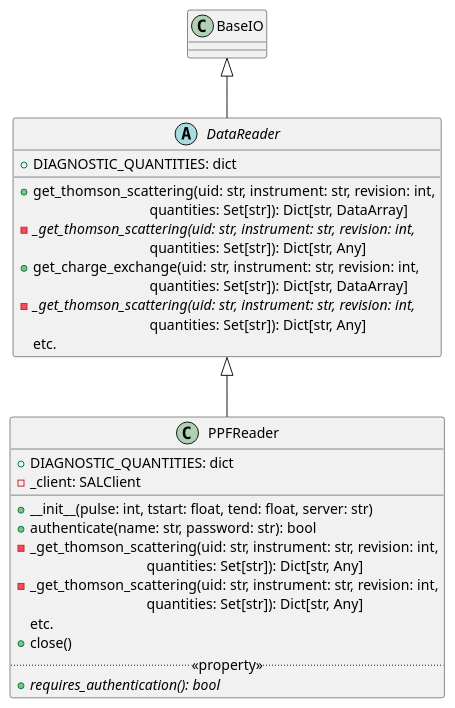
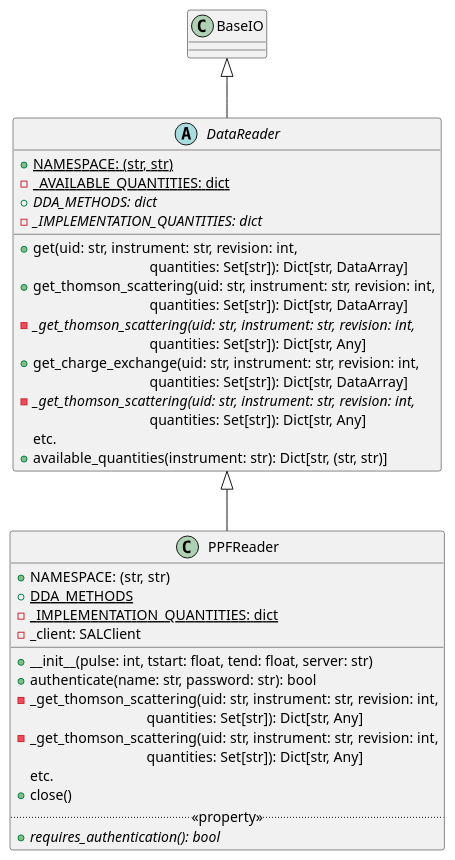
Before and after one commit to indica-mcf/Indica: the fourth of 7 diagrams in doc/design.rst, drawn with PlantUML. The commit also changed other lines of this file and 3 other files, not shown here.

```diff
--- a/doc/design.rst
+++ b/doc/design.rst
@@ -341,34 +319,42 @@
 .. uml::
 
    abstract class DataReader {
-   + DIAGNOSTIC_QUANTITIES: dict
+   + {static} NAMESPACE: (str, str)
+   - {static} _AVAILABLE_QUANTITIES: dict
+   + {abstract} DDA_METHODS: dict
+   - {abstract} _IMPLEMENTATION_QUANTITIES: dict
    __
+   + get(uid: str, instrument: str, revision: int,
+               \t\t\t\tquantities: Set[str]): Dict[str, DataArray]
    + get_thomson_scattering(uid: str, instrument: str, revision: int,
                \t\t\t\tquantities: Set[str]): Dict[str, DataArray]
    - {abstract} _get_thomson_scattering(uid: str, instrument: str, revision: int,
                \t\t\t\tquantities: Set[str]): Dict[str, Any]
    + get_charge_exchange(uid: str, instrument: str, revision: int,
                \t\t\t\tquantities: Set[str]): Dict[str, DataArray]
    - {abstract} _get_thomson_scattering(uid: str, instrument: str, revision: int,
                \t\t\t\tquantities: Set[str]): Dict[str, Any]
      etc.
+   + available_quantities(instrument: str): Dict[str, (str, str)]
    }
 
    class PPFReader {
-   + DIAGNOSTIC_QUANTITIES: dict
+   + NAMESPACE: (str, str)
+   + {static} DDA_METHODS
+   - {static} _IMPLEMENTATION_QUANTITIES: dict
    - _client: SALClient
    __
    + __init__(pulse: int, tstart: float, tend: float, server: str)
    + authenticate(name: str, password: str): bool
    - _get_thomson_scattering(uid: str, instrument: str, revision: int,
                   \t\t\t\tquantities: Set[str]): Dict[str, Any]
    - _get_thomson_scattering(uid: str, instrument: str, revision: int,
                   \t\t\t\tquantities: Set[str]): Dict[str, Any]
      etc.
    + close()
    .. «property» ..
    + {abstract} requires_authentication(): bool
    }
 
    BaseIO <|-- DataReader
    DataReader <|-- PPFReader
```
